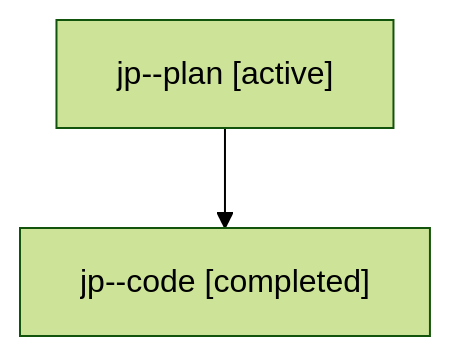
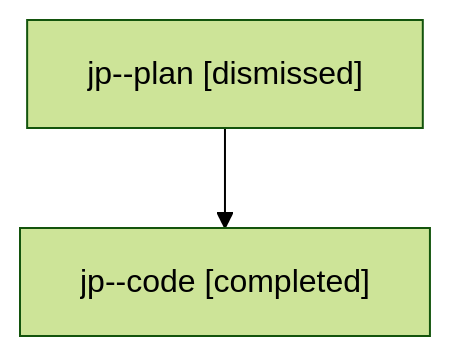
One commit to sase-org/sase--agents changed the diagram in sessions/bbugyi200.athena.jp.md. Above: the diagram before and after it, drawn with Mermaid (forest theme). The commit also changed other lines of this file and 50 other files, not shown here.

````diff
--- a/sessions/bbugyi200.athena.jp.md
+++ b/sessions/bbugyi200.athena.jp.md
@@ -9,6 +9,6 @@
 ```mermaid
 flowchart TD
-  n0["jp--plan [active]"]
+  n0["jp--plan [dismissed]"]
   n1["jp--code [completed]"]
   n0 --> n1
 ```
````
